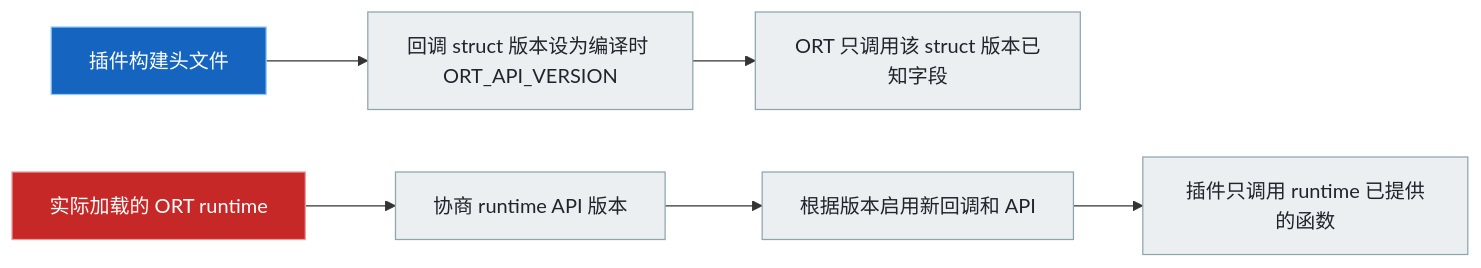
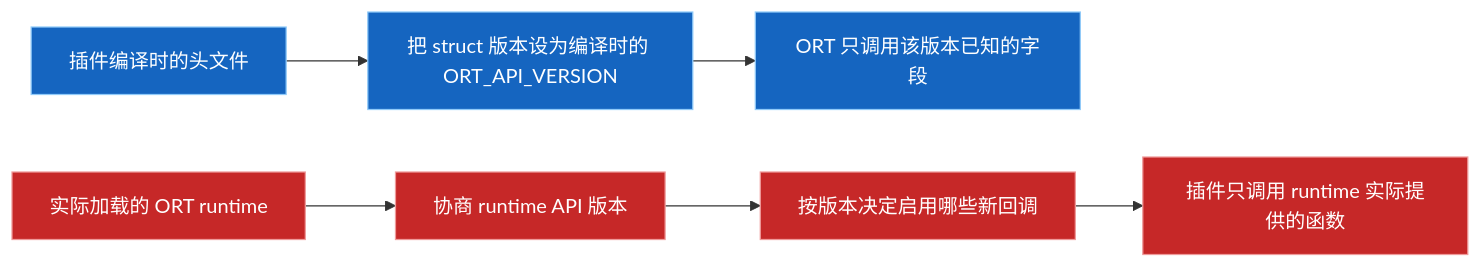
The tenth of 13 diagrams in PluginEP/README.zh-CN.md (DakeQQ/Tutorial-ONNX-Runtime-Execution-Providers), drawn with Mermaid before and after one commit. The commit also changed other lines of this file and 15 other files, not shown here.

````diff
--- a/PluginEP/README.zh-CN.md
+++ b/PluginEP/README.zh-CN.md
@@ -373,14 +375,14 @@
 ```mermaid
 flowchart LR
-    H["插件构建头文件"] --> S["回调 struct 版本设为编译时 ORT_API_VERSION"]
-    S --> O["ORT 只调用该 struct 版本已知字段"]
+    H["插件编译时的头文件"] --> S["把 struct 版本设为编译时的 ORT_API_VERSION"]
+    S --> O["ORT 只调用该版本已知的字段"]
 
     R["实际加载的 ORT runtime"] --> A["协商 runtime API 版本"]
-    A --> G["根据版本启用新回调和 API"]
-    G --> P["插件只调用 runtime 已提供的函数"]
+    A --> Gt["按版本决定启用哪些新回调"]
+    Gt --> P["插件只调用 runtime 实际提供的函数"]
 
-    style H fill:#1565c0,stroke:#90caf9,color:#ffffff
-    style R fill:#c62828,stroke:#ef9a9a,color:#ffffff
-    classDef leaf fill:#eceff1,stroke:#90a4ae,color:#20242b
-    class S,O,A,G,P leaf
+    class H,S,O blue
+    class R,A,Gt,P red
+    classDef blue fill:#1565c0,stroke:#90caf9,color:#ffffff
+    classDef red fill:#c62828,stroke:#ef9a9a,color:#ffffff
 ```
````
